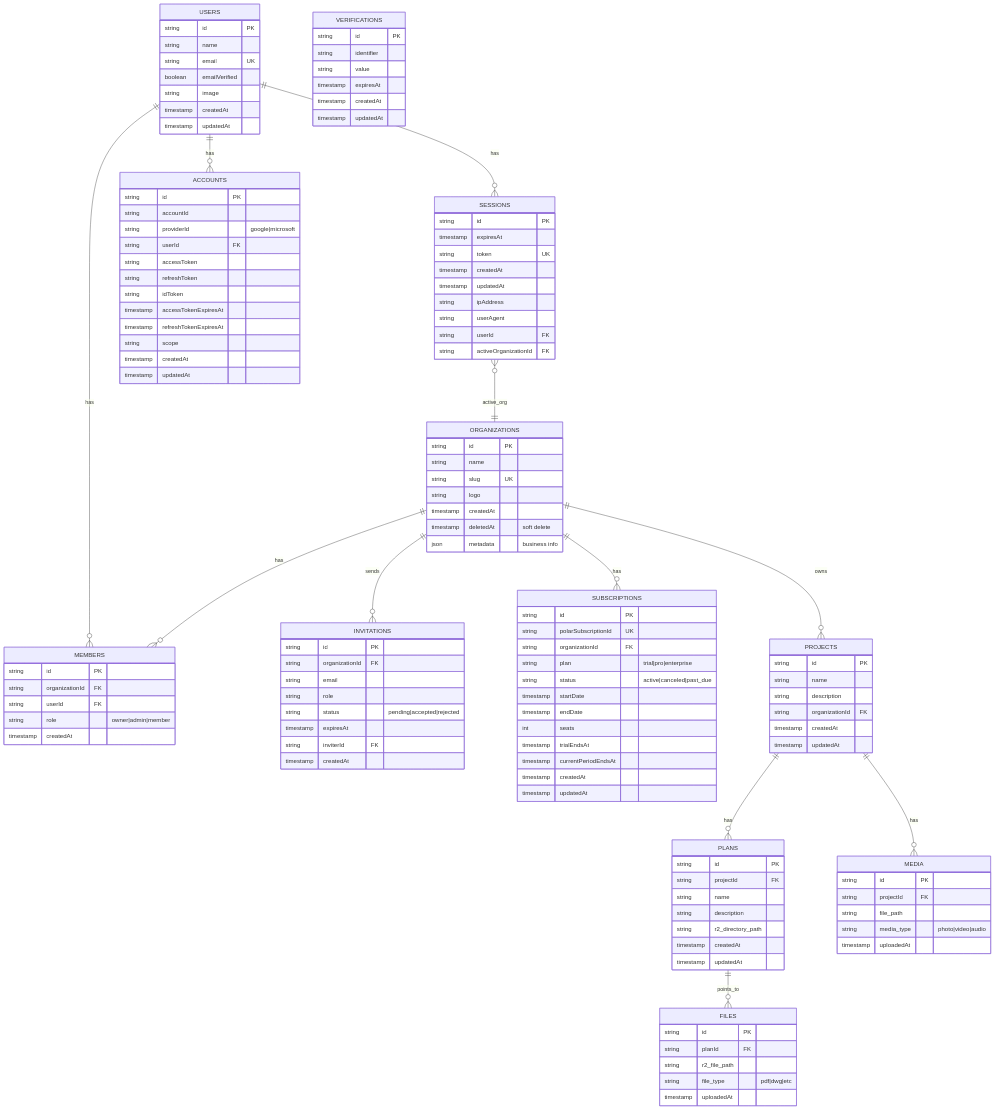
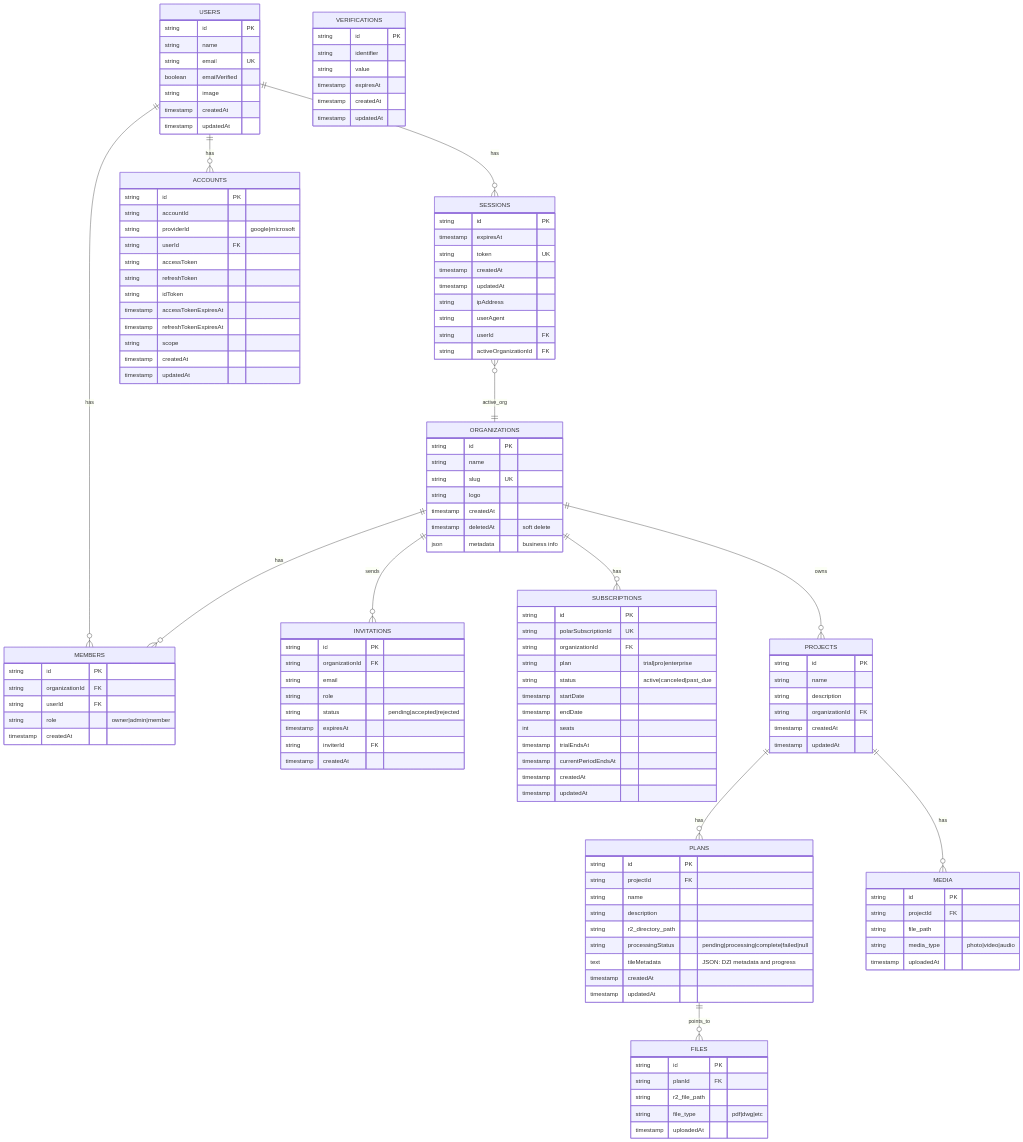
The diagram in docs/database.mermaid (Woody88/sitelink), drawn with Mermaid before and after one commit. The commit also changed 1 other file, not shown here.

```diff
--- a/docs/database.mermaid
+++ b/docs/database.mermaid
@@ -1,148 +1,150 @@
 erDiagram
     %% Better-Auth managed entities
     USERS ||--o{ SESSIONS : has
     USERS ||--o{ ACCOUNTS : has
     USERS ||--o{ MEMBERS : has
 
     %% Organization structure
     ORGANIZATIONS ||--o{ MEMBERS : has
     ORGANIZATIONS ||--o{ INVITATIONS : sends
     ORGANIZATIONS ||--o{ SUBSCRIPTIONS : has
     ORGANIZATIONS ||--o{ PROJECTS : owns
 
     %% Project structure
     PROJECTS ||--o{ PLANS : has
     PLANS ||--o{ FILES : points_to
     PROJECTS ||--o{ MEDIA : has
 
     %% Sessions track active organization
     SESSIONS }o--|| ORGANIZATIONS : active_org
 
     %% Better-Auth Core Tables
     USERS {
         string id PK
         string name
         string email UK
         boolean emailVerified
         string image
         timestamp createdAt
         timestamp updatedAt
     }
 
     SESSIONS {
         string id PK
         timestamp expiresAt
         string token UK
         timestamp createdAt
         timestamp updatedAt
         string ipAddress
         string userAgent
         string userId FK
         string activeOrganizationId FK
     }
 
     ACCOUNTS {
         string id PK
         string accountId
         string providerId "google|microsoft"
         string userId FK
         string accessToken
         string refreshToken
         string idToken
         timestamp accessTokenExpiresAt
         timestamp refreshTokenExpiresAt
         string scope
         timestamp createdAt
         timestamp updatedAt
     }
 
     VERIFICATIONS {
         string id PK
         string identifier
         string value
         timestamp expiresAt
         timestamp createdAt
         timestamp updatedAt
     }
 
     %% Organization Tables
     ORGANIZATIONS {
         string id PK
         string name
         string slug UK
         string logo
         timestamp createdAt
         timestamp deletedAt "soft delete"
         json metadata "business info"
     }
 
     MEMBERS {
         string id PK
         string organizationId FK
         string userId FK
         string role "owner|admin|member"
         timestamp createdAt
     }
 
     INVITATIONS {
         string id PK
         string organizationId FK
         string email
         string role
         string status "pending|accepted|rejected"
         timestamp expiresAt
         string inviterId FK
         timestamp createdAt
     }
 
     %% Subscription Tables (Polar Integration)
     SUBSCRIPTIONS {
         string id PK
         string polarSubscriptionId UK
         string organizationId FK
         string plan "trial|pro|enterprise"
         string status "active|canceled|past_due"
         timestamp startDate
         timestamp endDate
         int seats
         timestamp trialEndsAt
         timestamp currentPeriodEndsAt
         timestamp createdAt
         timestamp updatedAt
     }
 
     %% Project Management
     PROJECTS {
         string id PK
         string name
         string description
         string organizationId FK
         timestamp createdAt
         timestamp updatedAt
     }
 
     PLANS {
         string id PK
         string projectId FK
         string name
         string description
         string r2_directory_path
+        string processingStatus "pending|processing|complete|failed|null"
+        text tileMetadata "JSON: DZI metadata and progress"
         timestamp createdAt
         timestamp updatedAt
     }
 
     FILES {
         string id PK
         string planId FK
         string r2_file_path
         string file_type "pdf|dwg|etc"
         timestamp uploadedAt
     }
 
     MEDIA {
         string id PK
         string projectId FK
         string file_path
         string media_type "photo|video|audio"
         timestamp uploadedAt
     }
```
